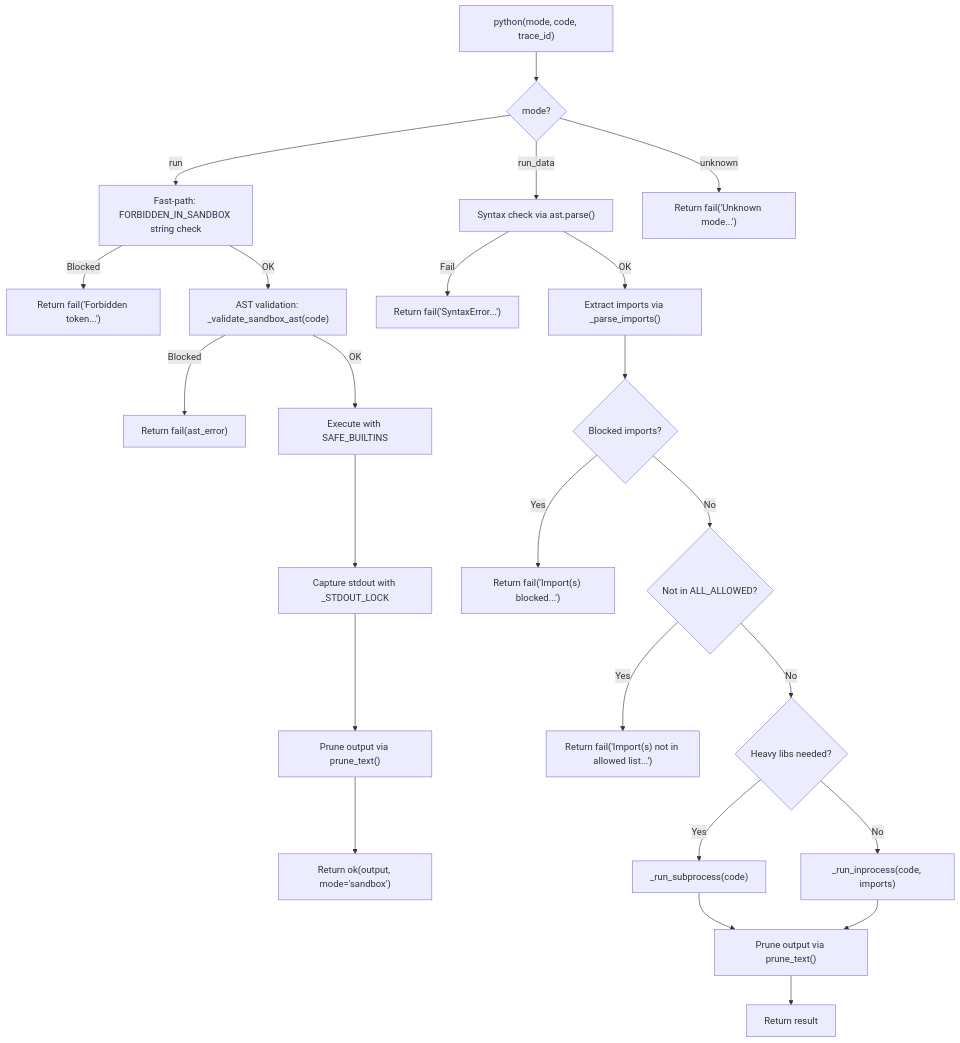
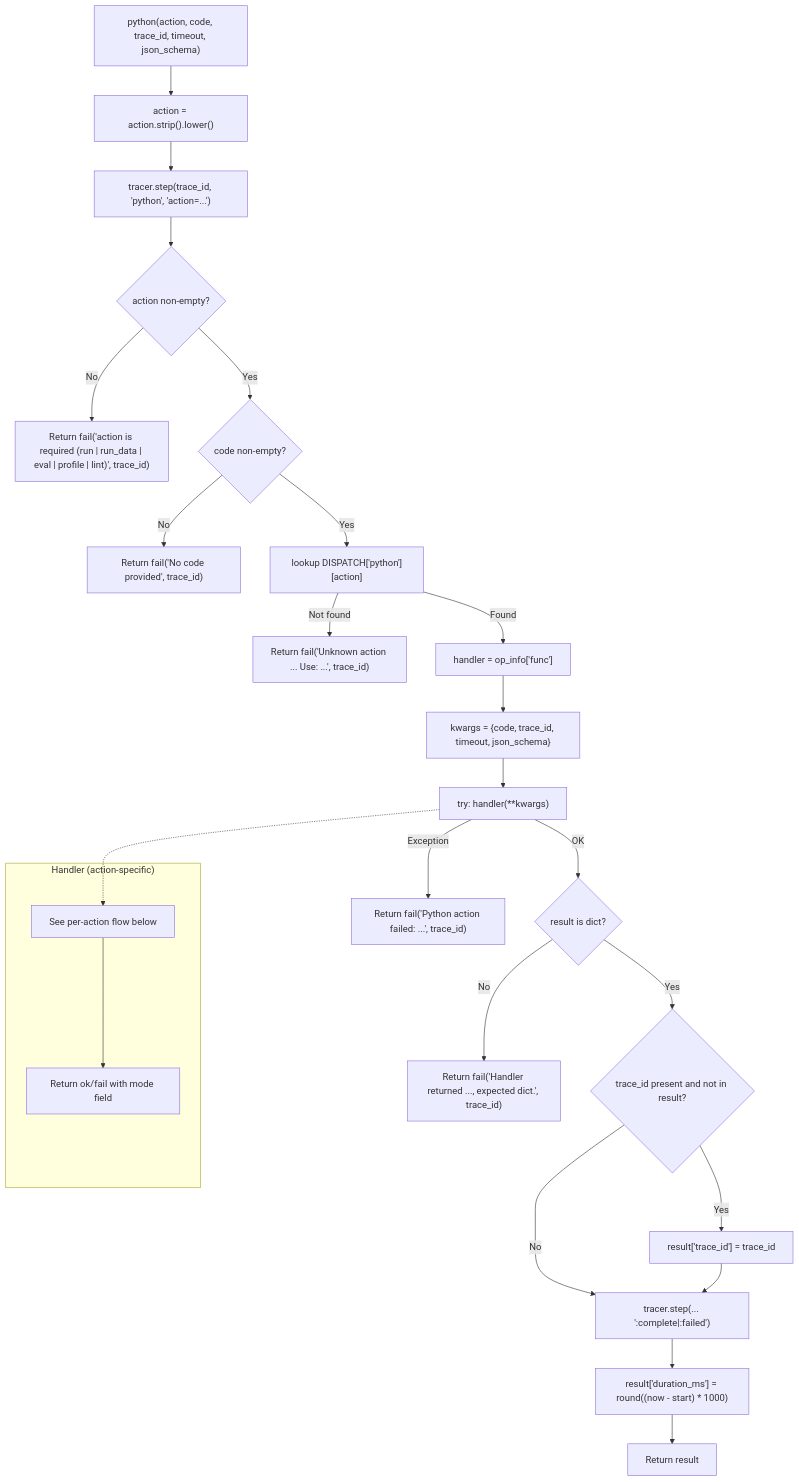
One commit to brunogcar/agent changed the diagram in docs/tools/python/ARCHITECTURE.md. Above: the diagram before and after it, drawn with Mermaid. The commit also changed other lines of this file and 28 other files, not shown here.

````diff
--- a/docs/tools/python/ARCHITECTURE.md
+++ b/docs/tools/python/ARCHITECTURE.md
@@ -43,26 +86,28 @@
 ```mermaid
 graph TD
- A["python(mode, code, trace_id)"] --> B{"mode?"}
- B -->|run| C["Fast-path: FORBIDDEN_IN_SANDBOX string check"]
- C -->|Blocked| D["Return fail('Forbidden token...')"]
- C -->|OK| E["AST validation: _validate_sandbox_ast(code)"]
- E -->|Blocked| F["Return fail(ast_error)"]
- E -->|OK| G["Execute with SAFE_BUILTINS"]
- G --> H["Capture stdout with _STDOUT_LOCK"]
- H --> I["Prune output via prune_text()"]
- I --> J["Return ok(output, mode='sandbox')"]
- B -->|run_data| K["Syntax check via ast.parse()"]
- K -->|Fail| L["Return fail('SyntaxError...')"]
- K -->|OK| M["Extract imports via _parse_imports()"]
- M --> N{"Blocked imports?"}
- N -->|Yes| O["Return fail('Import(s) blocked...')"]
- N -->|No| P{"Not in ALL_ALLOWED?"}
- P -->|Yes| Q["Return fail('Import(s) not in allowed list...')"]
- P -->|No| R{"Heavy libs needed?"}
- R -->|Yes| S["_run_subprocess(code)"]
- R -->|No| T["_run_inprocess(code, imports)"]
- S --> U["Prune output via prune_text()"]
- T --> U
- U --> V["Return result"]
- B -->|unknown| W["Return fail('Unknown mode...')"]
+    A["python(action, code, trace_id, timeout, json_schema)"] --> B["action = action.strip().lower()"]
+    B --> C["tracer.step(trace_id, 'python', 'action=...')"]
+    C --> D{"action non-empty?"}
+    D -->|No| E["Return fail('action is required (run | run_data | eval | profile | lint)', trace_id)"]
+    D -->|Yes| F{"code non-empty?"}
+    F -->|No| G["Return fail('No code provided', trace_id)"]
+    F -->|Yes| H["lookup DISPATCH['python'][action]"]
+    H -->|Not found| I["Return fail('Unknown action ... Use: ...', trace_id)"]
+    H -->|Found| J["handler = op_info['func']"]
+    J --> K["kwargs = {code, trace_id, timeout, json_schema}"]
+    K --> L["try: handler(**kwargs)"]
+    L -->|Exception| M["Return fail('Python action failed: ...', trace_id)"]
+    L -->|OK| N{"result is dict?"}
+    N -->|No| O["Return fail('Handler returned ..., expected dict.', trace_id)"]
+    N -->|Yes| P{"trace_id present and not in result?"}
+    P -->|Yes| Q["result['trace_id'] = trace_id"]
+    P -->|No| R["tracer.step(... ':complete|:failed')"]
+    Q --> R
+    R --> S["result['duration_ms'] = round((now - start) * 1000)"]
+    S --> T["Return result"]
+
+    subgraph "Handler (action-specific)"
+        H1["See per-action flow below"] --> H2["Return ok/fail with mode field"]
+    end
+    L -.-> H1
 ```
````
